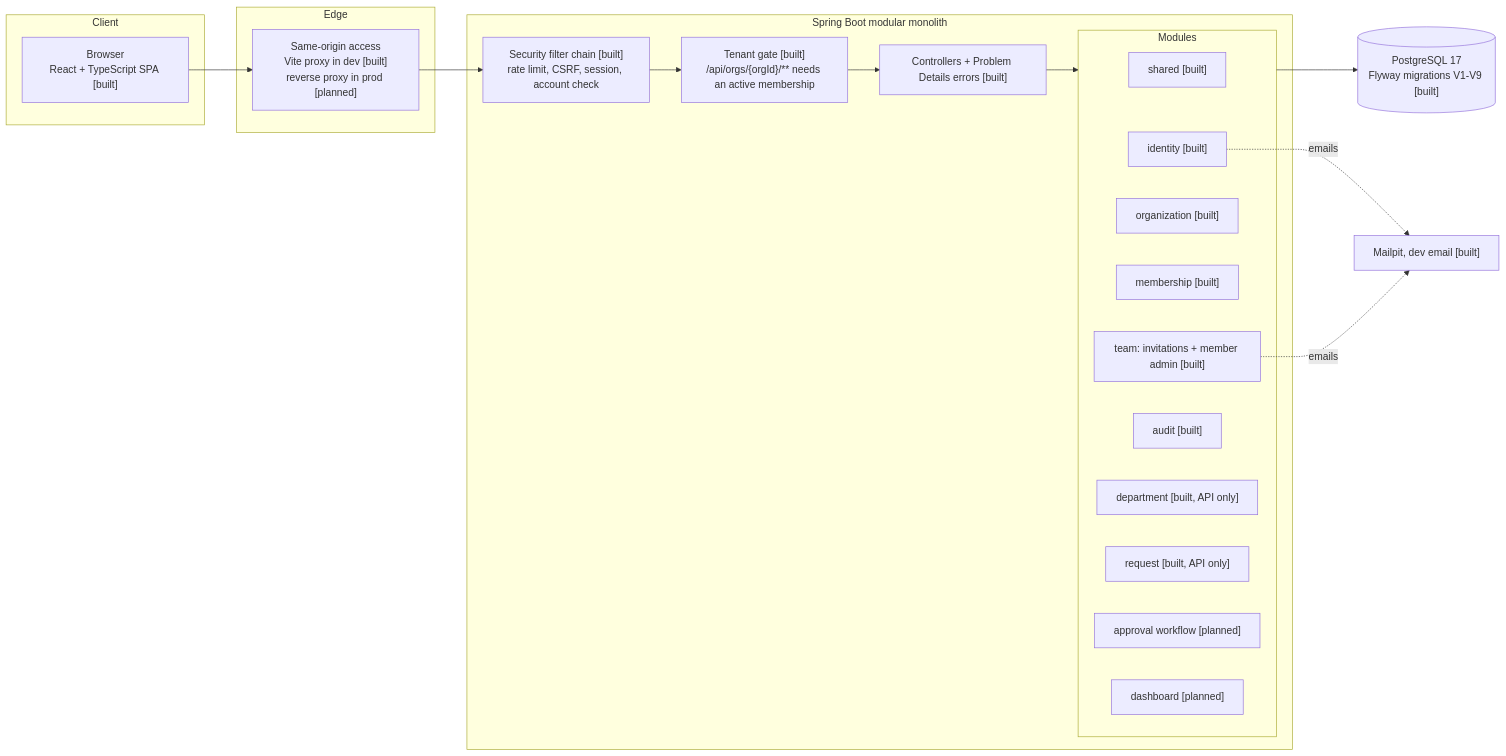
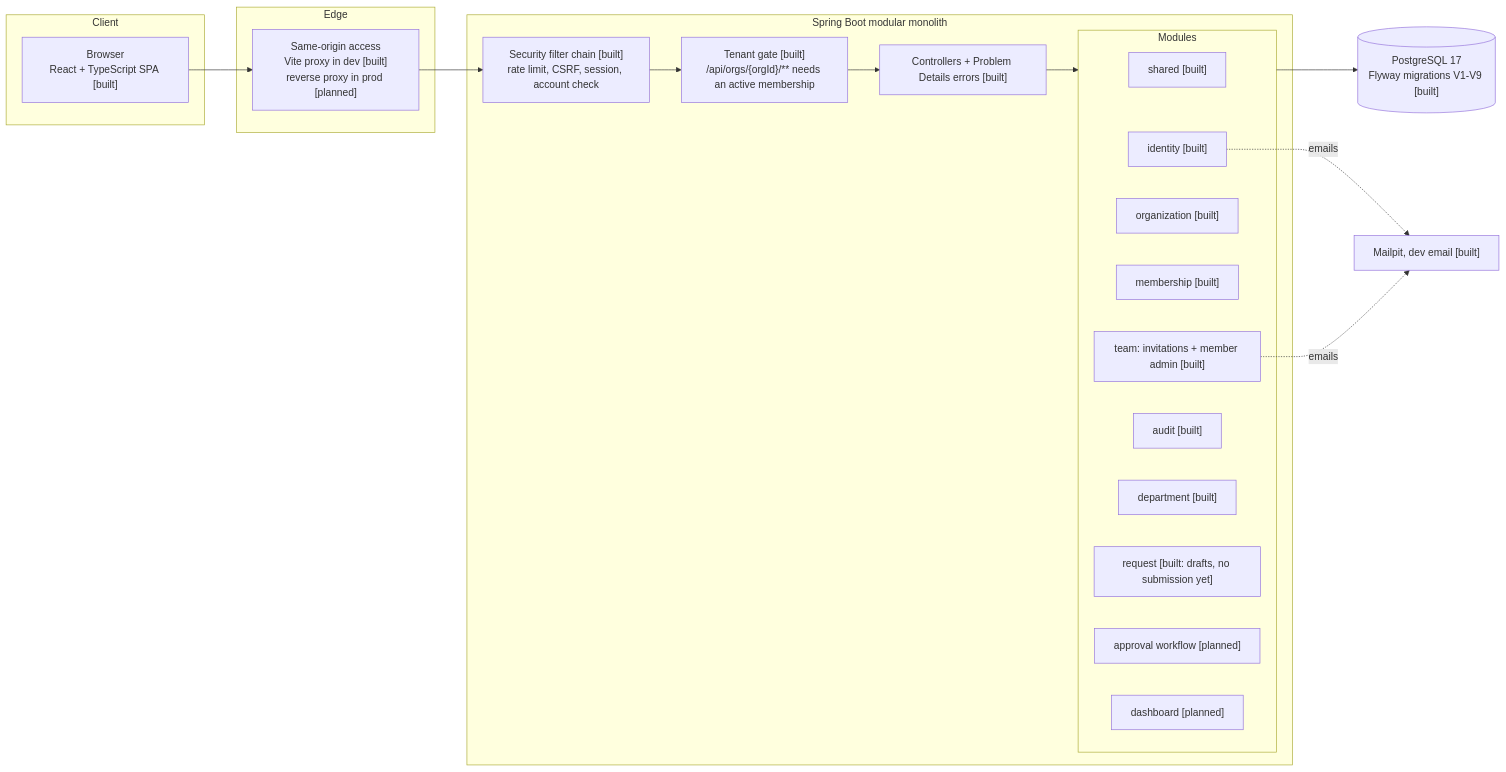
One commit to youssef-naj/nexus changed the first of 2 diagrams in docs/architecture.md. Above: the diagram before and after it, drawn with Mermaid. The commit also changed other lines of this file and 42 other files, not shown here.

````diff
--- a/docs/architecture.md
+++ b/docs/architecture.md
@@ -9,33 +9,33 @@
 ```mermaid
 flowchart LR
   subgraph Client
     B["Browser<br/>React + TypeScript SPA [built]"]
   end
   subgraph Edge
     P["Same-origin access<br/>Vite proxy in dev [built]<br/>reverse proxy in prod [planned]"]
   end
   subgraph App["Spring Boot modular monolith"]
     SEC["Security filter chain [built]<br/>rate limit, CSRF, session, account check"]
     GATE["Tenant gate [built]<br/>/api/orgs/{orgId}/** needs an active membership"]
     API["Controllers + Problem Details errors [built]"]
     subgraph Modules
       SH["shared [built]"]
       ID["identity [built]"]
       ORG["organization [built]"]
       MEM["membership [built]"]
       TEAM["team: invitations + member admin [built]"]
       AUD["audit [built]"]
-      DEP["department [built, API only]"]
-      REQ["request [built, API only]"]
+      DEP["department [built]"]
+      REQ["request [built: drafts, no submission yet]"]
       APP["approval workflow [planned]"]
       DASH["dashboard [planned]"]
     end
   end
   DB[("PostgreSQL 17<br/>Flyway migrations V1-V9 [built]")]
   MAIL["Mailpit, dev email [built]"]
 
   B --> P --> SEC --> GATE --> API --> Modules
   Modules --> DB
   ID -. emails .-> MAIL
   TEAM -. emails .-> MAIL
 ```
````
